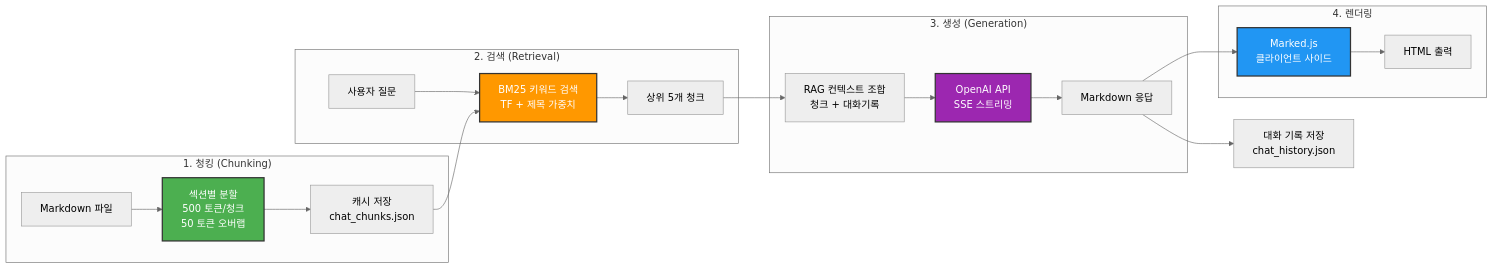
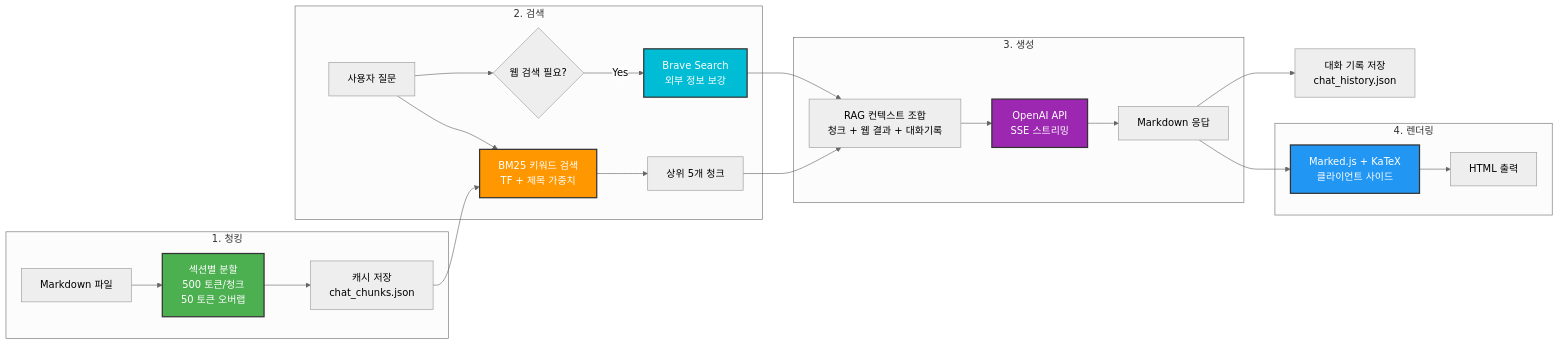
One commit to restful3/paperflow changed the third of 6 diagrams in README.md. Above: the diagram before and after it, drawn with Mermaid (neutral theme). The commit also changed other lines of this file and 3 other files, not shown here.

````diff
--- a/README.md
+++ b/README.md
@@ -218,31 +215,35 @@
 ```mermaid
 flowchart LR
-    subgraph "1. 청킹 (Chunking)"
+    subgraph "1. 청킹"
         MD[Markdown 파일] --> Split[섹션별 분할<br/>500 토큰/청크<br/>50 토큰 오버랩]
         Split --> Cache[캐시 저장<br/>chat_chunks.json]
     end
 
-    subgraph "2. 검색 (Retrieval)"
+    subgraph "2. 검색"
         Query[사용자 질문] --> BM25[BM25 키워드 검색<br/>TF + 제목 가중치]
         Cache --> BM25
         BM25 --> TopK[상위 5개 청크]
+        Query --> WebCheck{웹 검색 필요?}
+        WebCheck -->|Yes| Brave[Brave Search<br/>외부 정보 보강]
     end
 
-    subgraph "3. 생성 (Generation)"
-        TopK --> Context[RAG 컨텍스트 조합<br/>청크 + 대화기록]
+    subgraph "3. 생성"
+        TopK --> Context[RAG 컨텍스트 조합<br/>청크 + 웹 결과 + 대화기록]
+        Brave --> Context
         Context --> LLM[OpenAI API<br/>SSE 스트리밍]
         LLM --> Response[Markdown 응답]
     end
 
     subgraph "4. 렌더링"
-        Response --> Marked[Marked.js<br/>클라이언트 사이드]
+        Response --> Marked[Marked.js + KaTeX<br/>클라이언트 사이드]
         Marked --> Display[HTML 출력]
     end
 
     Response --> History[대화 기록 저장<br/>chat_history.json]
 
     style Split fill:#4CAF50,stroke:#333,stroke-width:2px,color:#fff
     style BM25 fill:#FF9800,stroke:#333,stroke-width:2px,color:#fff
+    style Brave fill:#00BCD4,stroke:#333,stroke-width:2px,color:#fff
     style LLM fill:#9C27B0,stroke:#333,stroke-width:2px,color:#fff
     style Marked fill:#2196F3,stroke:#333,stroke-width:2px,color:#fff
 ```
````
